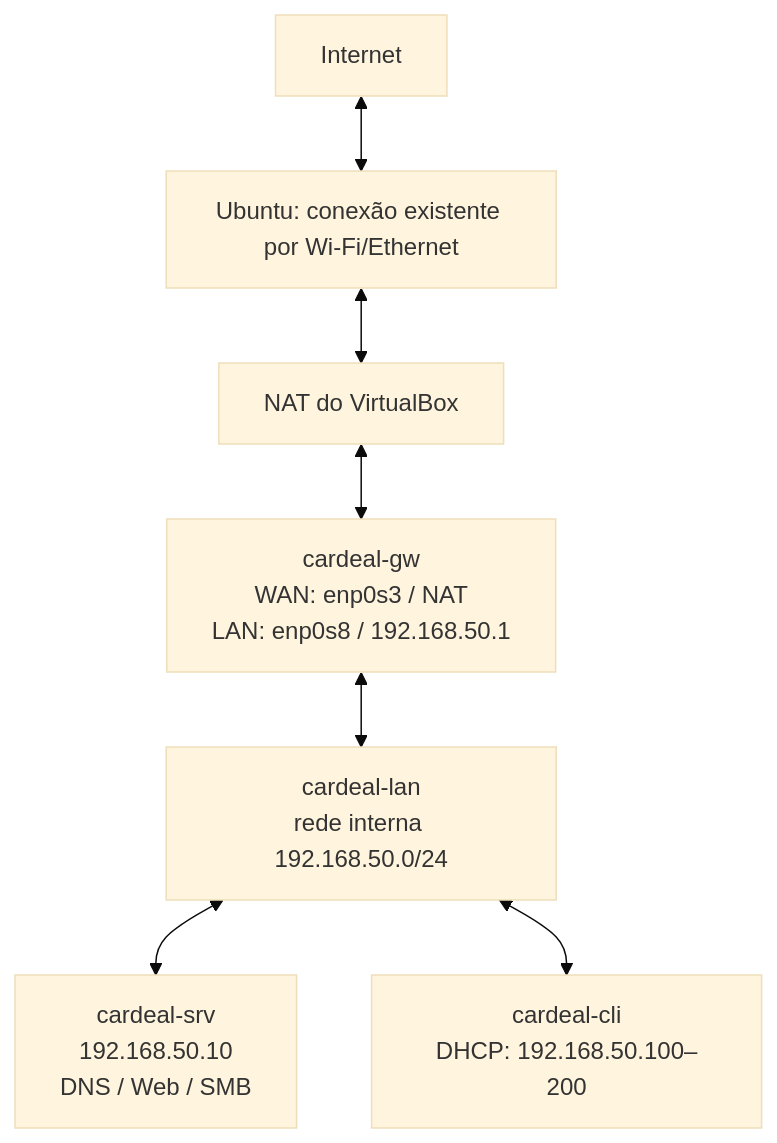
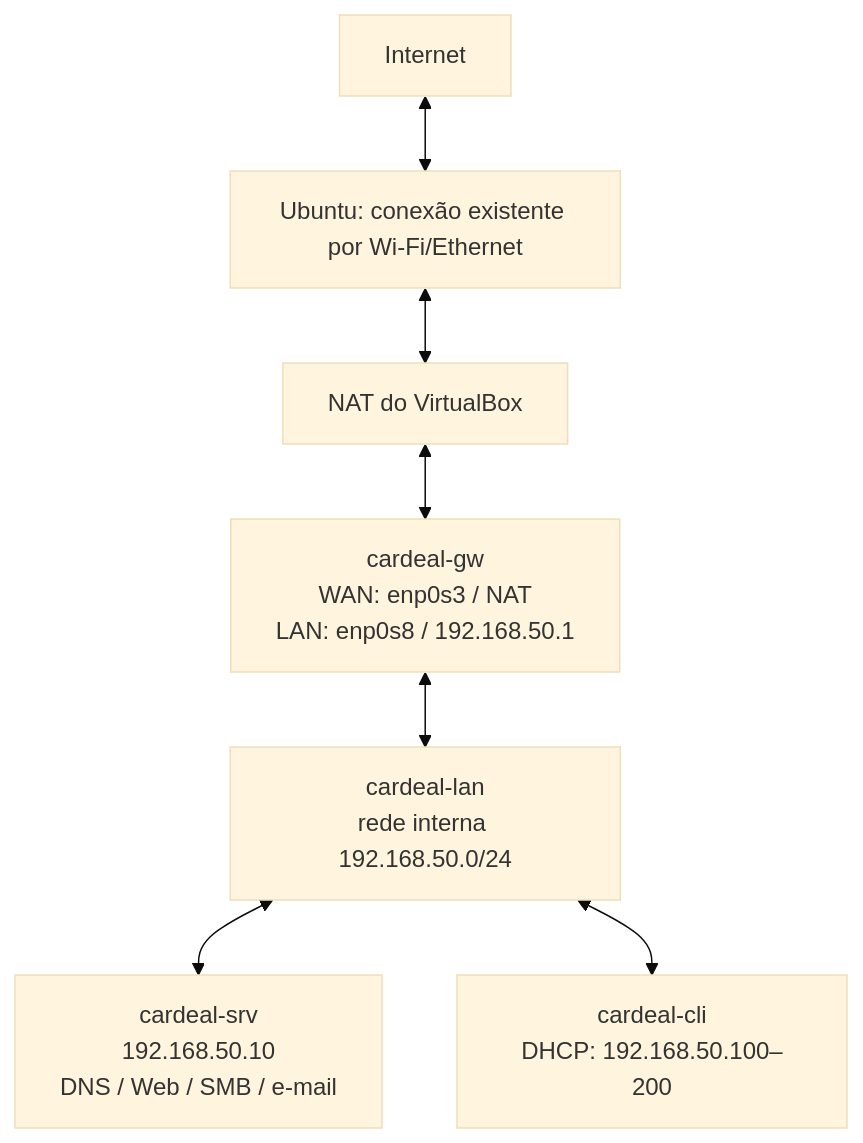
The diagram in README.md (GabrielGalski/Redes), drawn with Mermaid (base theme) before and after one commit. The commit also changed other lines of this file and 125 other files, not shown here.

````diff
--- a/README.md
+++ b/README.md
@@ -126,16 +134,16 @@
 ```mermaid
 flowchart TB
     INTERNET["Internet"]
     UBUNTU["Ubuntu: conexão existente por Wi-Fi/Ethernet"]
     NAT["NAT do VirtualBox"]
     GW["cardeal-gw<br/>WAN: enp0s3 / NAT<br/>LAN: enp0s8 / 192.168.50.1"]
     LAN["cardeal-lan<br/>rede interna 192.168.50.0/24"]
-    SRV["cardeal-srv<br/>192.168.50.10<br/>DNS / Web / SMB"]
+    SRV["cardeal-srv<br/>192.168.50.10<br/>DNS / Web / SMB / e-mail"]
     CLI["cardeal-cli<br/>DHCP: 192.168.50.100–200"]
     INTERNET <--> UBUNTU
     UBUNTU <--> NAT
     NAT <--> GW
     GW <--> LAN
     LAN <--> SRV
     LAN <--> CLI
 ```
````
